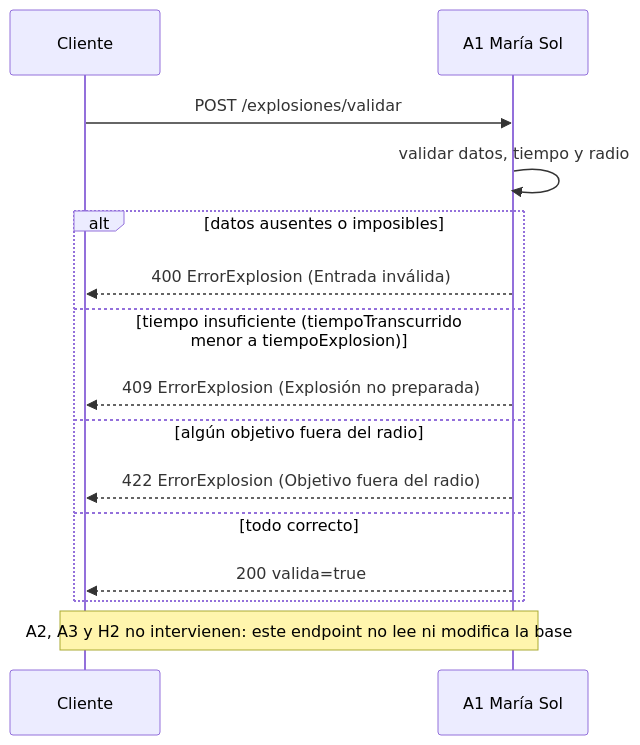
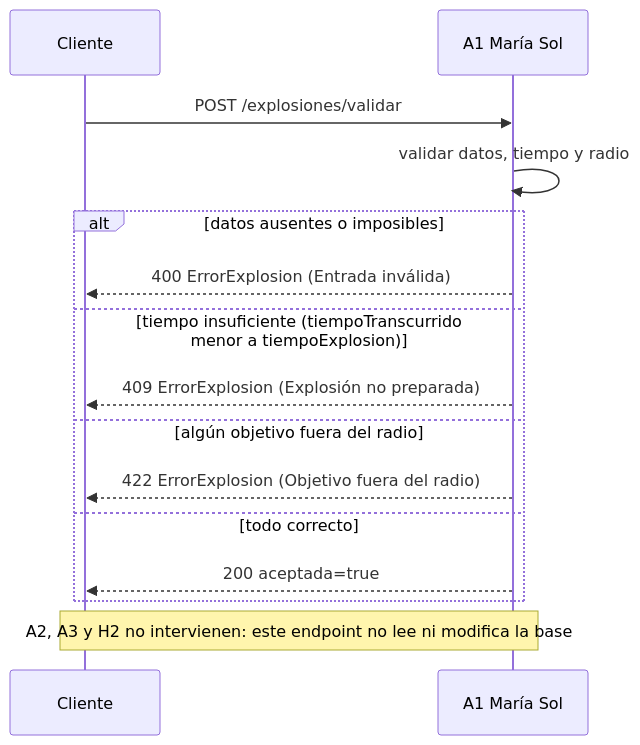
The fourth of 6 diagrams in README.md (MariaSol45/msferreira-tplp3-2026), drawn with Mermaid before and after one commit. The commit also changed other lines of this file and 8 other files, not shown here.

````diff
--- a/README.md
+++ b/README.md
@@ -130,17 +130,17 @@
 ```mermaid
 sequenceDiagram
     participant C as Cliente
     participant A1 as A1 María Sol
     C->>A1: POST /explosiones/validar
     A1->>A1: validar datos, tiempo y radio
     alt datos ausentes o imposibles
         A1-->>C: 400 ErrorExplosion (Entrada inválida)
     else tiempo insuficiente (tiempoTranscurrido menor a tiempoExplosion)
         A1-->>C: 409 ErrorExplosion (Explosión no preparada)
     else algún objetivo fuera del radio
         A1-->>C: 422 ErrorExplosion (Objetivo fuera del radio)
     else todo correcto
-        A1-->>C: 200 valida=true
+        A1-->>C: 200 aceptada=true
     end
     Note over C,A1: A2, A3 y H2 no intervienen: este endpoint no lee ni modifica la base
 ```
````
